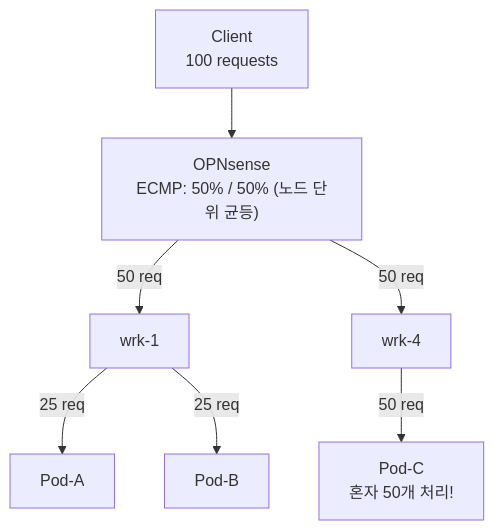
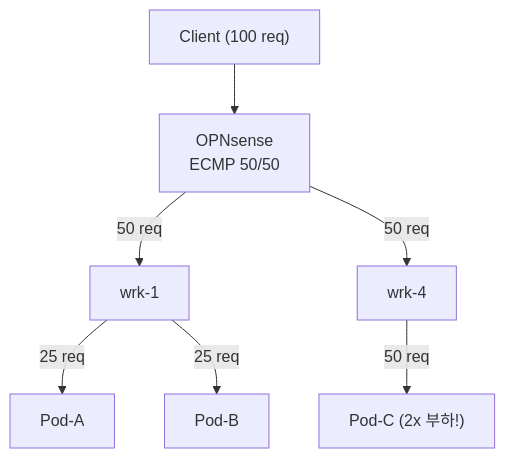
Before and after one commit to garlicKim21/kubernetes-onprem-training: the ninth of 9 diagrams in day1/ch06-cilium-bgp/README.md, drawn with Mermaid. The commit also changed other lines of this file and 6 other files, not shown here.

````diff
--- a/day1/ch06-cilium-bgp/README.md
+++ b/day1/ch06-cilium-bgp/README.md
@@ -704,9 +738,9 @@
 ```mermaid
 graph TD
-    client3["Client<br/>100 requests"] --> router3["OPNsense<br/>ECMP: 50% / 50% (노드 단위 균등)"]
+    client3["Client (100 req)"] --> router3["OPNsense<br/>ECMP 50/50"]
     router3 -- "50 req" --> wrk1n["wrk-1"]
     router3 -- "50 req" --> wrk4n["wrk-4"]
     wrk1n -- "25 req" --> podA["Pod-A"]
     wrk1n -- "25 req" --> podBx["Pod-B"]
-    wrk4n -- "50 req" --> podC["Pod-C<br/>혼자 50개 처리!"]
+    wrk4n -- "50 req" --> podC["Pod-C (2x 부하!)"]
 ```
````
